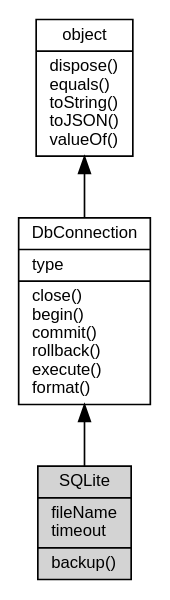
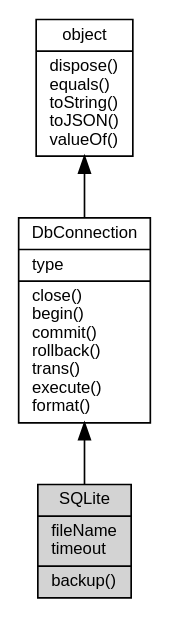
Before and after one commit to fibjs/fibjs.org: the diagram in docs/manual/object/ifs/SQLite.md, drawn with Graphviz. The commit also changed other lines of this file and 20 other files, not shown here.

````diff
--- a/docs/manual/object/ifs/SQLite.md
+++ b/docs/manual/object/ifs/SQLite.md
@@ -11,12 +11,12 @@
 ```dot
 digraph {
     node [fontname="Helvetica,sans-Serif", fontsize=10, shape="record", style="filled", fillcolor="white"];
 
     object [tooltip="object", URL="object.md", label="{object|dispose()\lequals()\ltoString()\ltoJSON()\lvalueOf()\l}"];
-    DbConnection [tooltip="DbConnection", URL="DbConnection.md", label="{DbConnection|type\l|close()\lbegin()\lcommit()\lrollback()\lexecute()\lformat()\l}"];
+    DbConnection [tooltip="DbConnection", URL="DbConnection.md", label="{DbConnection|type\l|close()\lbegin()\lcommit()\lrollback()\ltrans()\lexecute()\lformat()\l}"];
     SQLite [tooltip="SQLite", fillcolor="lightgray", label="{SQLite|fileName\ltimeout\l|backup()\l}"];
 
     object -> DbConnection [dir=back];
     DbConnection -> SQLite [dir=back];
 }
 ```
````
